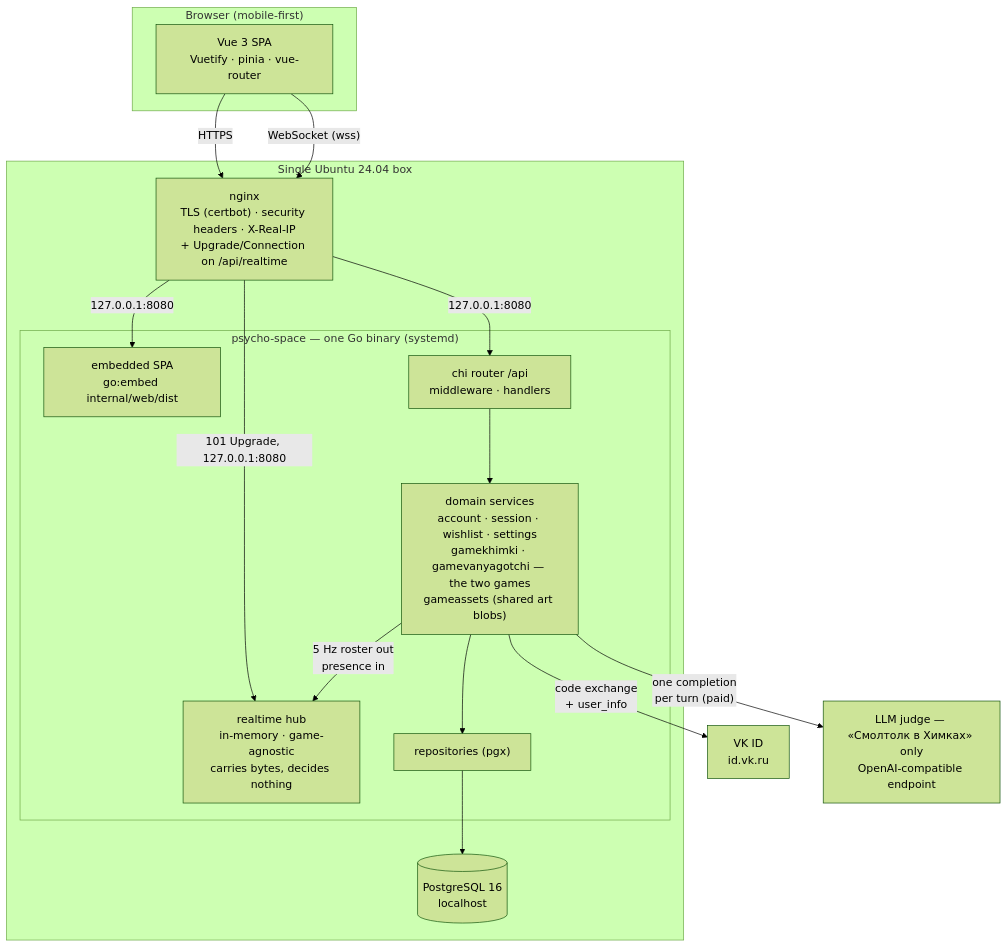
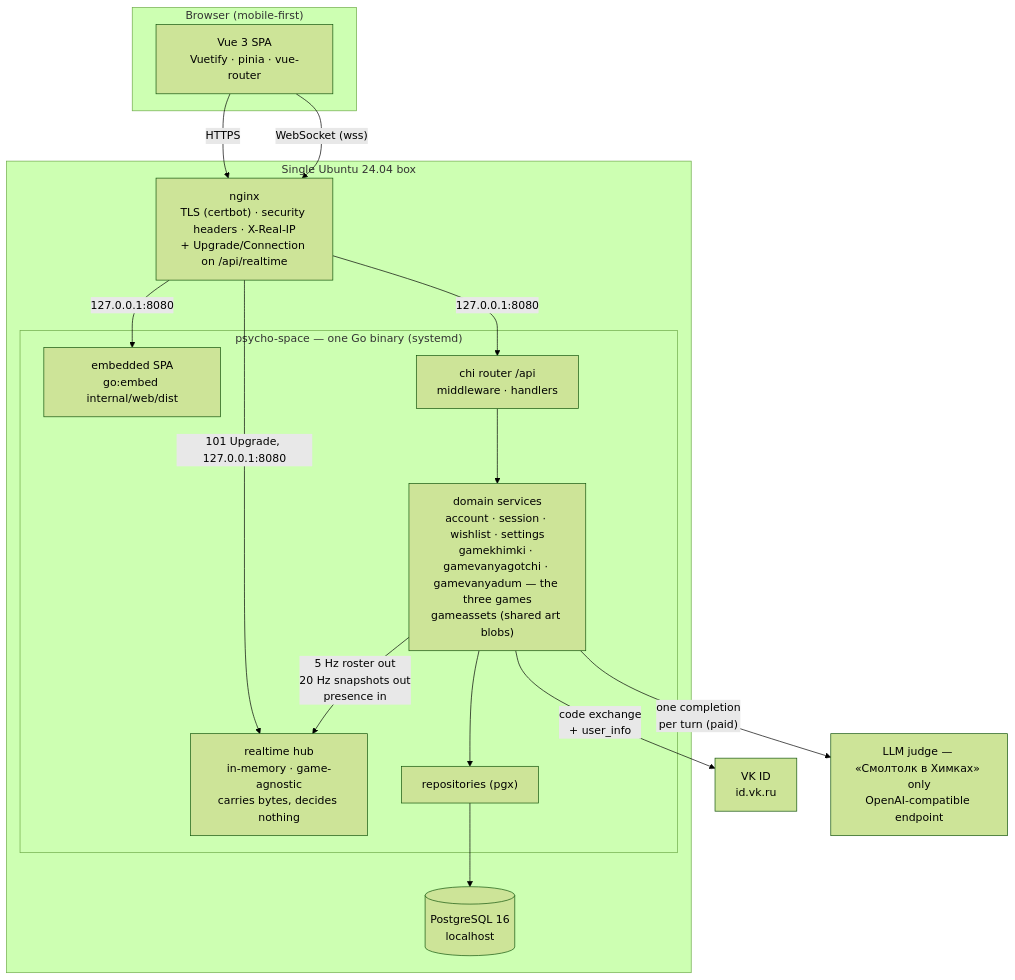
The first of 12 diagrams in docs/ARCHITECTURE.md (SergeyZSpb/psycho-space), drawn with Mermaid (forest theme) before and after one commit. The commit also changed other lines of this file and 46 other files, not shown here.

````diff
--- a/docs/ARCHITECTURE.md
+++ b/docs/ARCHITECTURE.md
@@ -23,31 +23,31 @@
 ```mermaid
 flowchart TB
     subgraph client["Browser (mobile-first)"]
         SPA["Vue 3 SPA<br/>Vuetify · pinia · vue-router"]
     end
 
     subgraph box["Single Ubuntu 24.04 box"]
         NGINX["nginx<br/>TLS (certbot) · security headers · X-Real-IP<br/>+ Upgrade/Connection on /api/realtime"]
         subgraph bin["psycho-space — one Go binary (systemd)"]
             EMBED["embedded SPA<br/>go:embed internal/web/dist"]
             API["chi router /api<br/>middleware · handlers"]
             HUB["realtime hub<br/>in-memory · game-agnostic<br/>carries bytes, decides nothing"]
-            DOM["domain services<br/>account · session · wishlist · settings<br/>gamekhimki · gamevanyagotchi — the two games<br/>gameassets (shared art blobs)"]
+            DOM["domain services<br/>account · session · wishlist · settings<br/>gamekhimki · gamevanyagotchi · gamevanyadum — the three games<br/>gameassets (shared art blobs)"]
             REPO["repositories (pgx)"]
         end
         PG[("PostgreSQL 16<br/>localhost")]
     end
 
     VK["VK ID<br/>id.vk.ru"]
     LLM["LLM judge — «Смолтолк в Химках» only<br/>OpenAI-compatible endpoint"]
 
     SPA -- HTTPS --> NGINX
     SPA -- "WebSocket (wss)" --> NGINX
     NGINX -- "127.0.0.1:8080" --> EMBED
     NGINX -- "127.0.0.1:8080" --> API
     NGINX -- "101 Upgrade, 127.0.0.1:8080" --> HUB
     API --> DOM --> REPO --> PG
-    DOM -- "5 Hz roster out<br/>presence in" --> HUB
+    DOM -- "5 Hz roster out<br/>20 Hz snapshots out<br/>presence in" --> HUB
     DOM -- "code exchange<br/>+ user_info" --> VK
     DOM -- "one completion<br/>per turn (paid)" --> LLM
 ```
````
